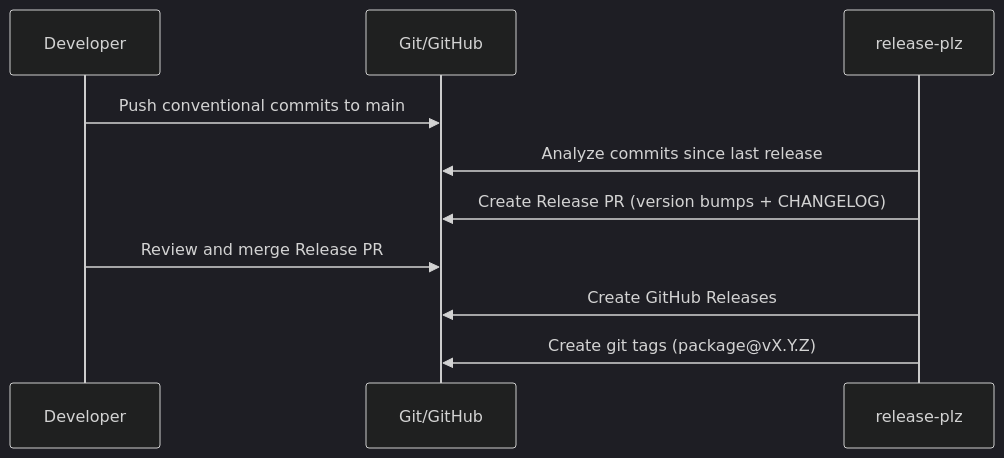
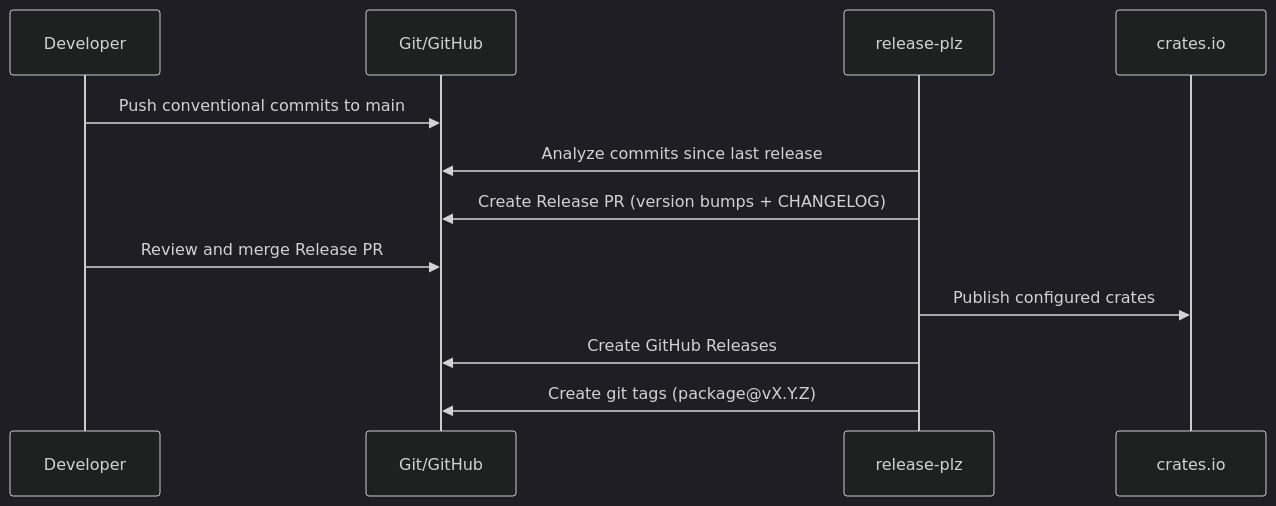
One commit to kent8192/reinhardt-cloud changed the second of 3 diagrams in instructions/COMMIT_GUIDELINE.md. Above: the diagram before and after it, drawn with Mermaid (dark theme). The commit also changed other lines of this file and 15 other files, not shown here.

First line of the commit message:
ci(release): publish crates through release-plz

````diff
--- a/instructions/COMMIT_GUIDELINE.md
+++ b/instructions/COMMIT_GUIDELINE.md
@@ -168,13 +168,15 @@
 ```mermaid
 sequenceDiagram
     participant Dev as Developer
     participant Git as Git/GitHub
     participant RP as release-plz
+    participant Crates as crates.io
 
     Dev->>Git: Push conventional commits to main
     RP->>Git: Analyze commits since last release
     RP->>Git: Create Release PR (version bumps + CHANGELOG)
     Dev->>Git: Review and merge Release PR
+    RP->>Crates: Publish configured crates
     RP->>Git: Create GitHub Releases
     RP->>Git: Create git tags (package@vX.Y.Z)
 ```
````
